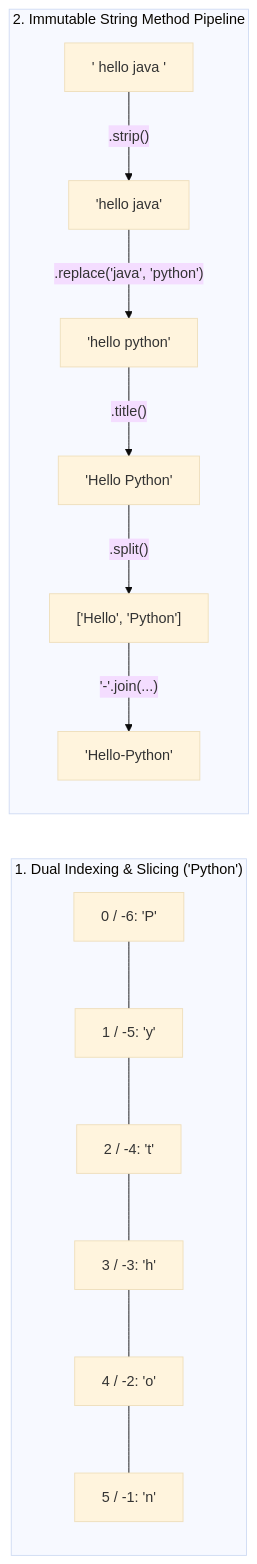
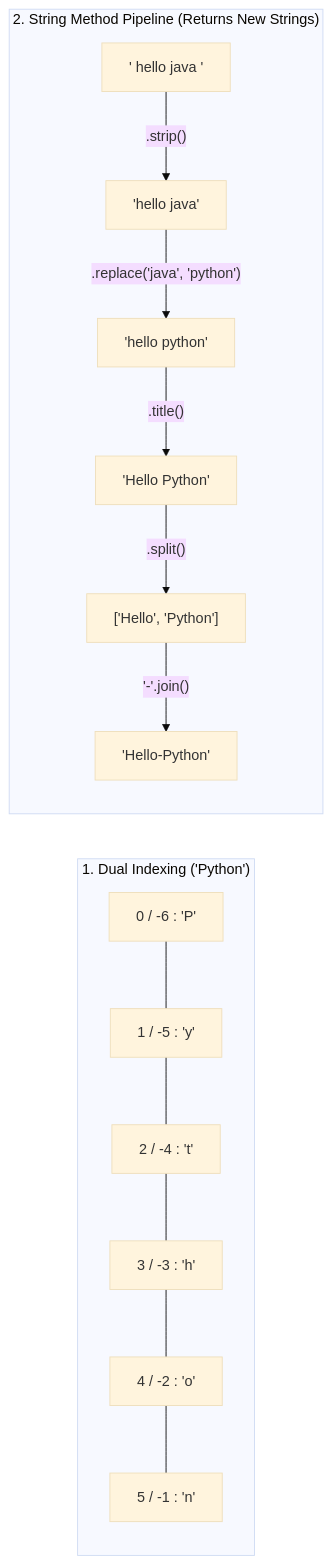
The diagram in Python/03. Strings & Methods.md (Valay-2004/Notes), drawn with Mermaid (base theme) before and after one commit. The commit also changed other lines of this file and 13 other files, not shown here.

````diff
--- a/Python/03. Strings & Methods.md
+++ b/Python/03. Strings & Methods.md
@@ -129,13 +135,13 @@
 ```mermaid
 flowchart LR
-    subgraph IDX["1. Dual Indexing & Slicing ('Python')"]
-        I0["0 / -6: 'P'"] --- I1["1 / -5: 'y'"] --- I2["2 / -4: 't'"] --- I3["3 / -3: 'h'"] --- I4["4 / -2: 'o'"] --- I5["5 / -1: 'n'"]
+    subgraph IDX["1. Dual Indexing ('Python')"]
+        P["0 / -6 : 'P'"] --- Y["1 / -5 : 'y'"] --- T["2 / -4 : 't'"] --- H["3 / -3 : 'h'"] --- O["4 / -2 : 'o'"] --- N["5 / -1 : 'n'"]
     end
-    subgraph PIPE["2. Immutable String Method Pipeline"]
-        RAW["'  hello java  '"] -->|".strip()"| S["'hello java'"]
-        S -->|".replace('java', 'python')"| R["'hello python'"]
-        R -->|".title()"| T["'Hello Python'"]
-        T -->|".split()"| L["['Hello', 'Python']"]
-        L -->|"'-'.join(...)"| J["'Hello-Python'"]
+    subgraph PIPE["2. String Method Pipeline (Returns New Strings)"]
+        A["'  hello java  '"] -->|".strip()"| B["'hello java'"]
+        B -->|".replace('java', 'python')"| C["'hello python'"]
+        C -->|".title()"| D["'Hello Python'"]
+        D -->|".split()"| E["['Hello', 'Python']"]
+        E -->|"'-'.join()"| F["'Hello-Python'"]
     end
 ```
````
